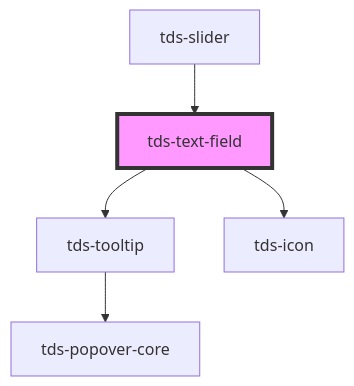
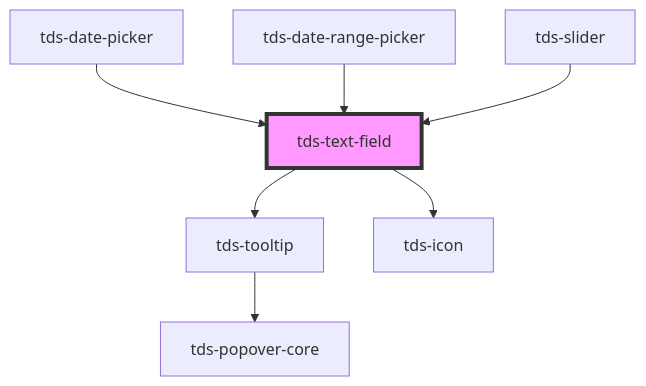
Before and after one commit to scania-digital-design-system/tegel: the diagram in packages/core/src/components/text-field/readme.md, drawn with Mermaid. The commit also changed other lines of this file and 144 other files, not shown here.

````diff
--- a/packages/core/src/components/text-field/readme.md
+++ b/packages/core/src/components/text-field/readme.md
@@ -76,8 +78,10 @@
 ```mermaid
 graph TD;
   tds-text-field --> tds-tooltip
   tds-text-field --> tds-icon
   tds-tooltip --> tds-popover-core
+  tds-date-picker --> tds-text-field
+  tds-date-range-picker --> tds-text-field
   tds-slider --> tds-text-field
   style tds-text-field fill:#f9f,stroke:#333,stroke-width:4px
 ```
````
